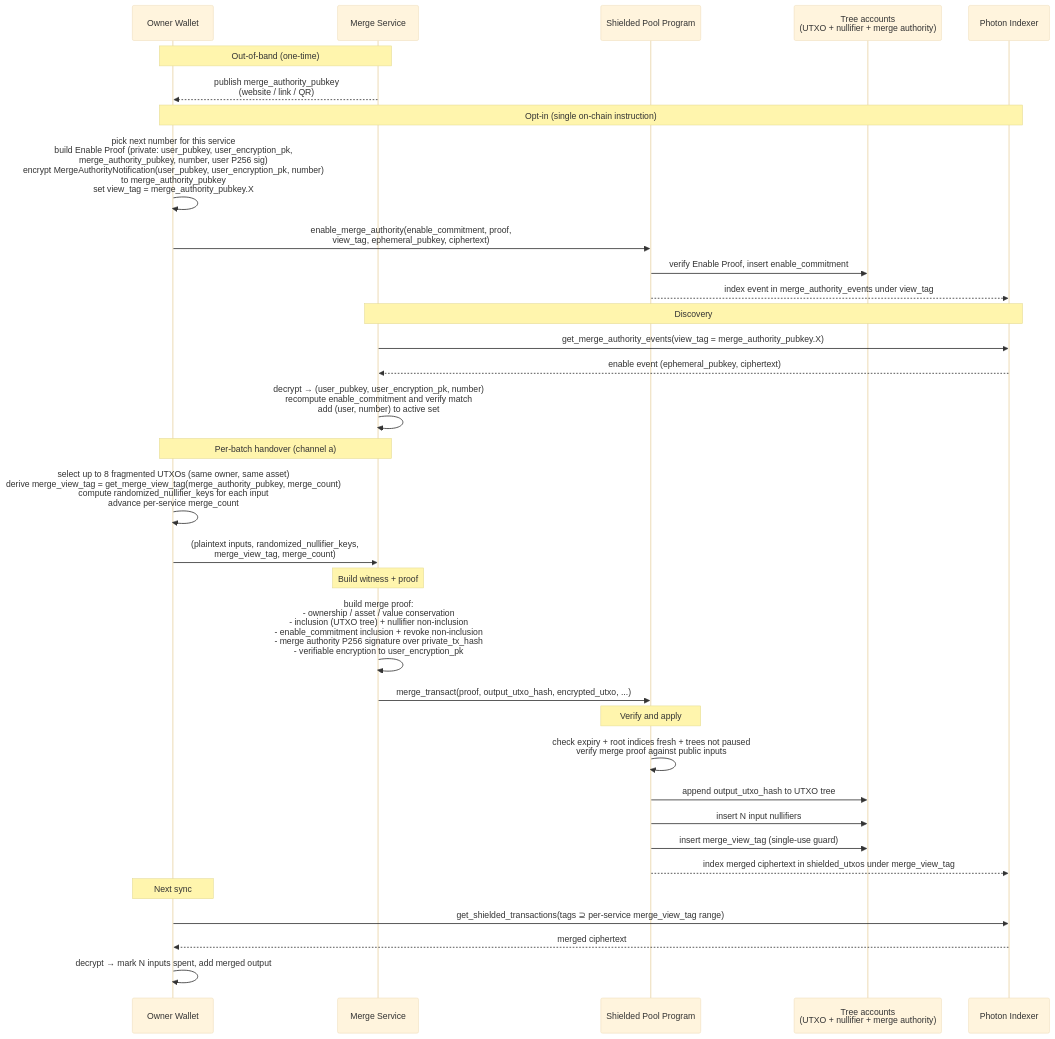
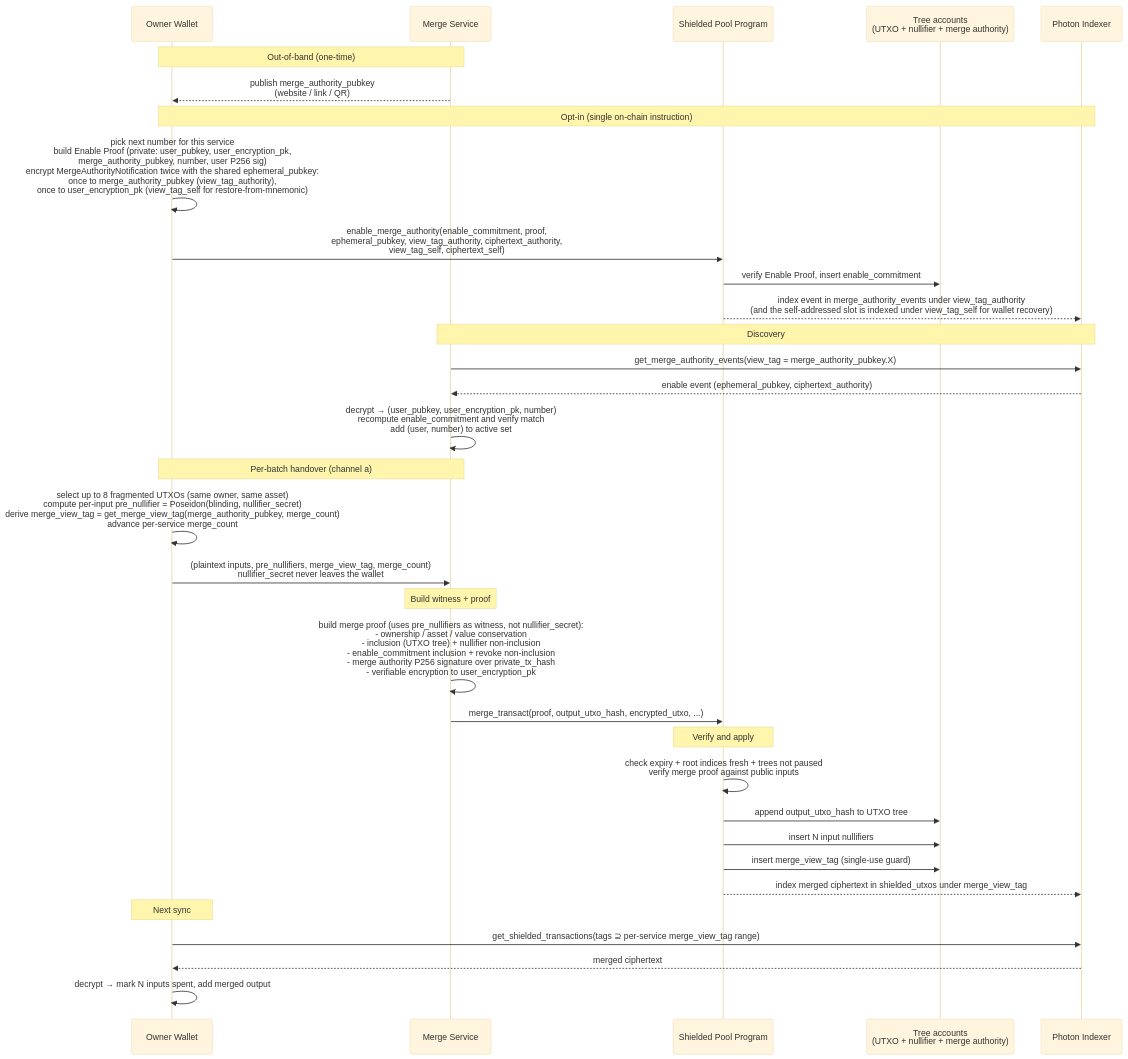
One commit to helius-labs/zolana changed diagram 11 of 11 in docs/spec.md. Above: the diagram before and after it, drawn with Mermaid (base theme). The commit also changed other lines of this file, not shown here.

First line of the commit message:
docs: pre_nullifier two-step construction; service never holds nullifier_secret

````diff
--- a/docs/spec.md
+++ b/docs/spec.md
@@ -1809,42 +1863,42 @@
 ```mermaid
 sequenceDiagram
     participant Wallet as Owner Wallet
     participant Merge as Merge Service
     participant SPP as Shielded Pool Program
     participant Trees as Tree accounts<br/>(UTXO + nullifier + merge authority)
     participant Indexer as Photon Indexer
 
     Note over Merge,Wallet: Out-of-band (one-time)
     Merge-->>Wallet: publish merge_authority_pubkey<br/>(website / link / QR)
 
     Note over Wallet,Indexer: Opt-in (single on-chain instruction)
-    Wallet->>Wallet: pick next number for this service<br/>build Enable Proof (private: user_pubkey, user_encryption_pk,<br/>merge_authority_pubkey, number, user P256 sig)<br/>encrypt MergeAuthorityNotification(user_pubkey, user_encryption_pk, number)<br/>to merge_authority_pubkey<br/>set view_tag = merge_authority_pubkey.X
-    Wallet->>SPP: enable_merge_authority(enable_commitment, proof,<br/>view_tag, ephemeral_pubkey, ciphertext)
+    Wallet->>Wallet: pick next number for this service<br/>build Enable Proof (private: user_pubkey, user_encryption_pk,<br/>merge_authority_pubkey, number, user P256 sig)<br/>encrypt MergeAuthorityNotification twice with the shared ephemeral_pubkey:<br/>once to merge_authority_pubkey (view_tag_authority),<br/>once to user_encryption_pk (view_tag_self for restore-from-mnemonic)
+    Wallet->>SPP: enable_merge_authority(enable_commitment, proof,<br/>ephemeral_pubkey, view_tag_authority, ciphertext_authority,<br/>view_tag_self, ciphertext_self)
     SPP->>Trees: verify Enable Proof, insert enable_commitment
-    SPP-->>Indexer: index event in merge_authority_events under view_tag
+    SPP-->>Indexer: index event in merge_authority_events under view_tag_authority<br/>(and the self-addressed slot is indexed under view_tag_self for wallet recovery)
 
     Note over Merge,Indexer: Discovery
     Merge->>Indexer: get_merge_authority_events(view_tag = merge_authority_pubkey.X)
-    Indexer-->>Merge: enable event (ephemeral_pubkey, ciphertext)
+    Indexer-->>Merge: enable event (ephemeral_pubkey, ciphertext_authority)
     Merge->>Merge: decrypt → (user_pubkey, user_encryption_pk, number)<br/>recompute enable_commitment and verify match<br/>add (user, number) to active set
 
     Note over Wallet,Merge: Per-batch handover (channel a)
-    Wallet->>Wallet: select up to 8 fragmented UTXOs (same owner, same asset)<br/>derive merge_view_tag = get_merge_view_tag(merge_authority_pubkey, merge_count)<br/>compute randomized_nullifier_keys for each input<br/>advance per-service merge_count
-    Wallet->>Merge: (plaintext inputs, randomized_nullifier_keys,<br/>merge_view_tag, merge_count)
+    Wallet->>Wallet: select up to 8 fragmented UTXOs (same owner, same asset)<br/>compute per-input pre_nullifier = Poseidon(blinding, nullifier_secret)<br/>derive merge_view_tag = get_merge_view_tag(merge_authority_pubkey, merge_count)<br/>advance per-service merge_count
+    Wallet->>Merge: (plaintext inputs, pre_nullifiers, merge_view_tag, merge_count)<br/>nullifier_secret never leaves the wallet
 
     Note over Merge: Build witness + proof
-    Merge->>Merge: build merge proof:<br/>- ownership / asset / value conservation<br/>- inclusion (UTXO tree) + nullifier non-inclusion<br/>- enable_commitment inclusion + revoke non-inclusion<br/>- merge authority P256 signature over private_tx_hash<br/>- verifiable encryption to user_encryption_pk
+    Merge->>Merge: build merge proof (uses pre_nullifiers as witness, not nullifier_secret):<br/>- ownership / asset / value conservation<br/>- inclusion (UTXO tree) + nullifier non-inclusion<br/>- enable_commitment inclusion + revoke non-inclusion<br/>- merge authority P256 signature over private_tx_hash<br/>- verifiable encryption to user_encryption_pk
     Merge->>SPP: merge_transact(proof, output_utxo_hash, encrypted_utxo, ...)
 
     Note over SPP: Verify and apply
     SPP->>SPP: check expiry + root indices fresh + trees not paused<br/>verify merge proof against public inputs
     SPP->>Trees: append output_utxo_hash to UTXO tree
     SPP->>Trees: insert N input nullifiers
     SPP->>Trees: insert merge_view_tag (single-use guard)
     SPP-->>Indexer: index merged ciphertext in shielded_utxos under merge_view_tag
 
     Note over Wallet: Next sync
     Wallet->>Indexer: get_shielded_transactions(tags ⊇ per-service merge_view_tag range)
     Indexer-->>Wallet: merged ciphertext
     Wallet->>Wallet: decrypt → mark N inputs spent, add merged output
 ```
````
